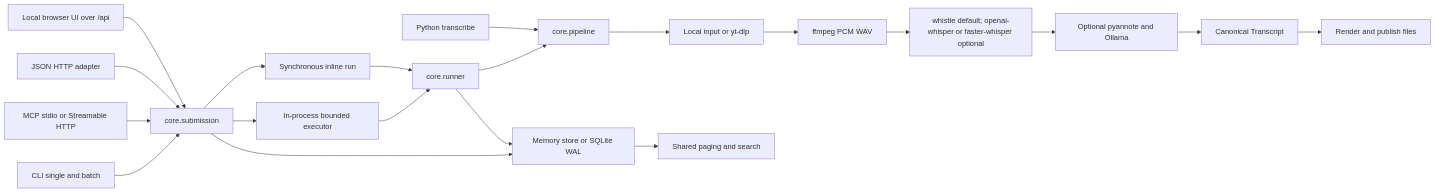
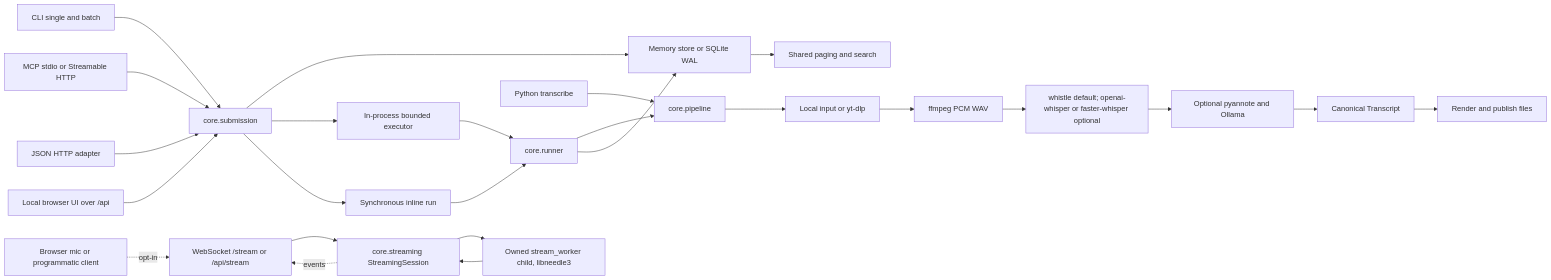
One commit to scottconverse/textflowkit changed the first of 3 diagrams in docs/architecture.md. Above: the diagram before and after it, drawn with Mermaid. The commit also changed other lines of this file and 33 other files, not shown here.

````diff
--- a/docs/architecture.md
+++ b/docs/architecture.md
@@ -70,22 +84,27 @@
 ```mermaid
 flowchart LR
     CLI[CLI single and batch] --> SUB[core.submission]
     MCP[MCP stdio or Streamable HTTP] --> SUB
     HTTP[JSON HTTP adapter] --> SUB
     UI[Local browser UI over /api] --> SUB
     SUB --> STORE[Memory store or SQLite WAL]
     SUB --> EXEC[In-process bounded executor]
     SUB --> SYNC[Synchronous inline run]
     EXEC --> RUN[core.runner]
     SYNC --> RUN
     RUN --> PIPE[core.pipeline]
     PY[Python transcribe] --> PIPE
     PIPE --> ACQ[Local input or yt-dlp]
     ACQ --> DEC[ffmpeg PCM WAV]
     DEC --> ENG[whistle default; openai-whisper or faster-whisper optional]
     ENG --> POST[Optional pyannote and Ollama]
     POST --> TR[Canonical Transcript]
     TR --> RENDER[Render and publish files]
     RUN --> STORE
     STORE --> READ[Shared paging and search]
+    MIC[Browser mic or programmatic client] -. opt-in .-> WS[WebSocket /stream or /api/stream]
+    WS --> SESSION[core.streaming StreamingSession]
+    SESSION --> WPROC[Owned stream_worker child, libneedle3]
+    WPROC --> SESSION
+    SESSION -. events .-> WS
 ```
````
